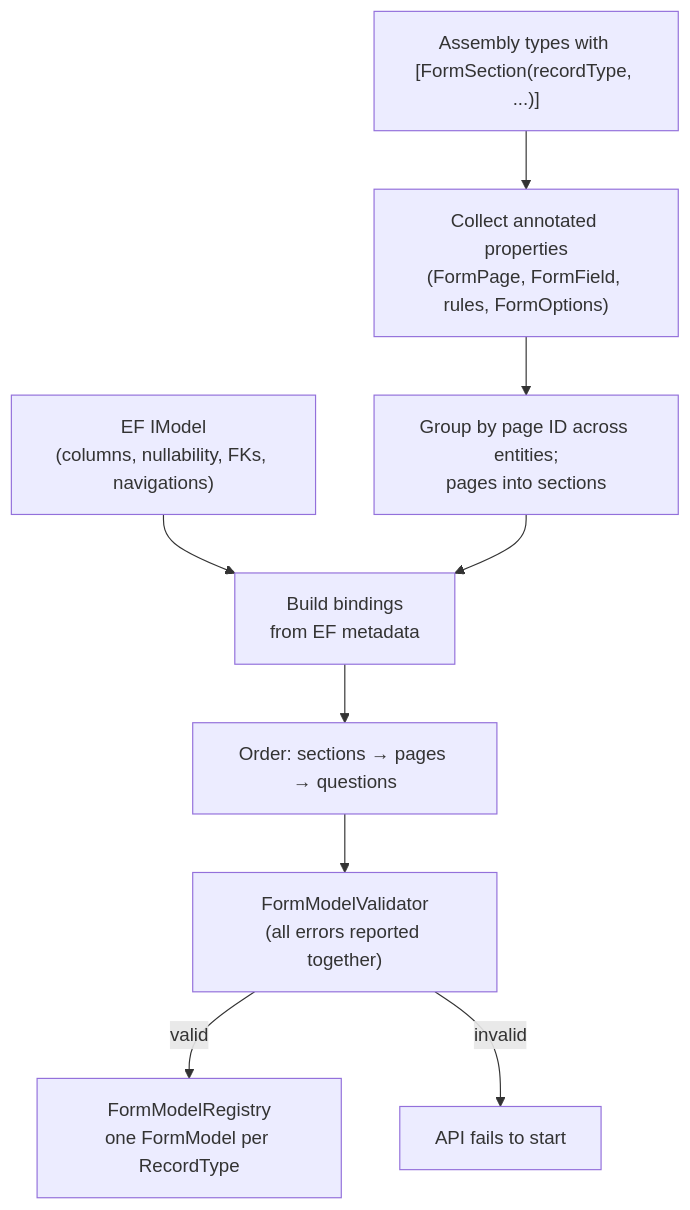
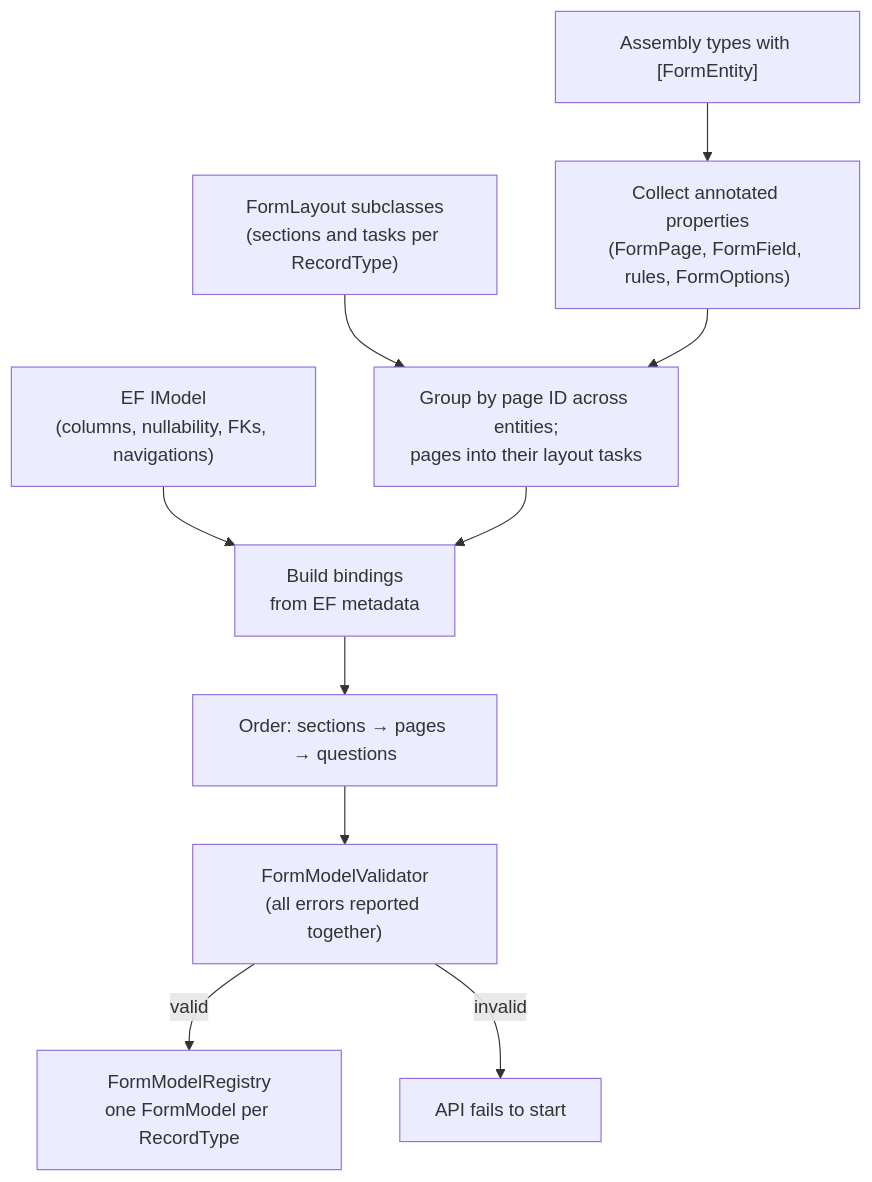
One commit to ditnice/aws-UKPS changed the second of 6 diagrams in documentation/form-generation/high-level-design.md. Above: the diagram before and after it, drawn with Mermaid. The commit also changed other lines of this file and 39 other files, not shown here.

Commit message:
Declare form sections and tasks once in a FormLayout and give [FormPage] a task, replacing [FormSection] and [FormTask]

````diff
--- a/documentation/form-generation/high-level-design.md
+++ b/documentation/form-generation/high-level-design.md
@@ -180,11 +176,12 @@
 ```mermaid
 flowchart TD
-    A["Assembly types with [FormSection(recordType, ...)]"] --> B["Collect annotated properties<br/>(FormPage, FormField, rules, FormOptions)"]
+    L["FormLayout subclasses<br/>(sections and tasks per RecordType)"] --> C
+    A["Assembly types with [FormEntity]"] --> B["Collect annotated properties<br/>(FormPage, FormField, rules, FormOptions)"]
     M["EF IModel<br/>(columns, nullability, FKs, navigations)"] --> D
-    B --> C["Group by page ID across entities;<br/>pages into sections"]
+    B --> C["Group by page ID across entities;<br/>pages into their layout tasks"]
     C --> D["Build bindings<br/>from EF metadata"]
     D --> E["Order: sections → pages → questions"]
     E --> F["FormModelValidator<br/>(all errors reported together)"]
     F -- valid --> G["FormModelRegistry<br/>one FormModel per RecordType"]
     F -- invalid --> X["API fails to start"]
 ```
````
